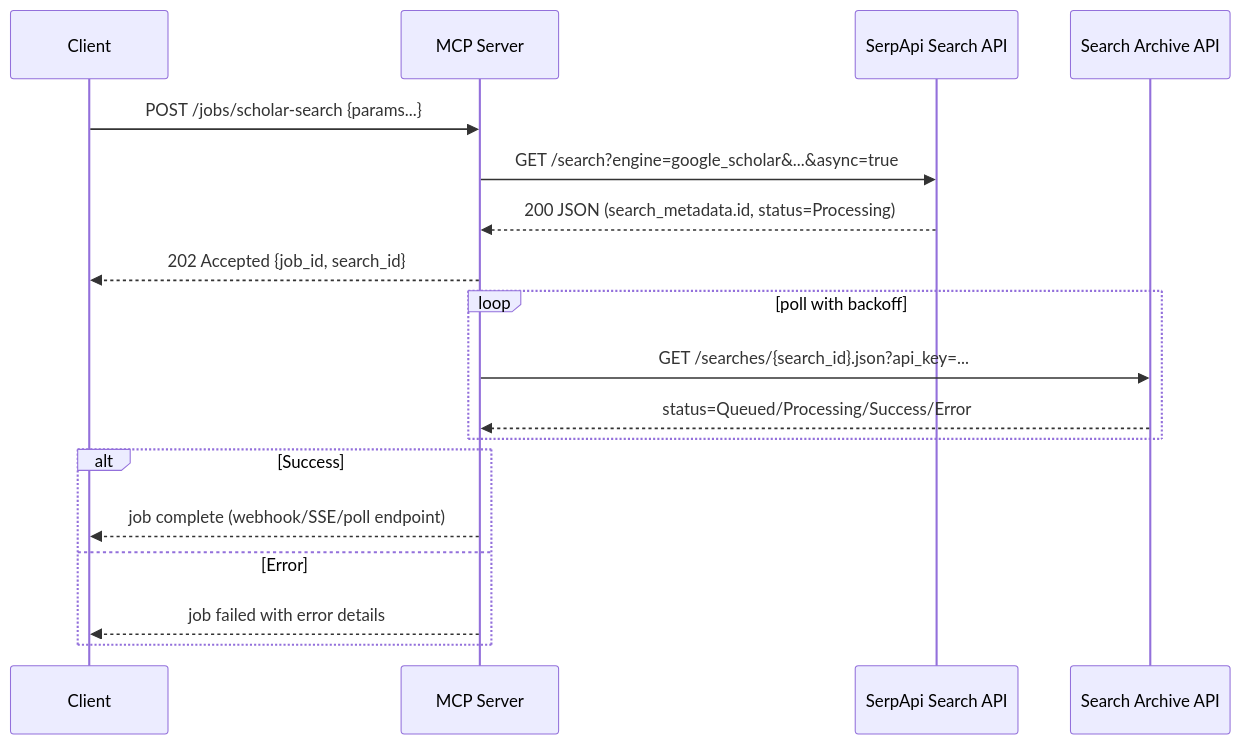
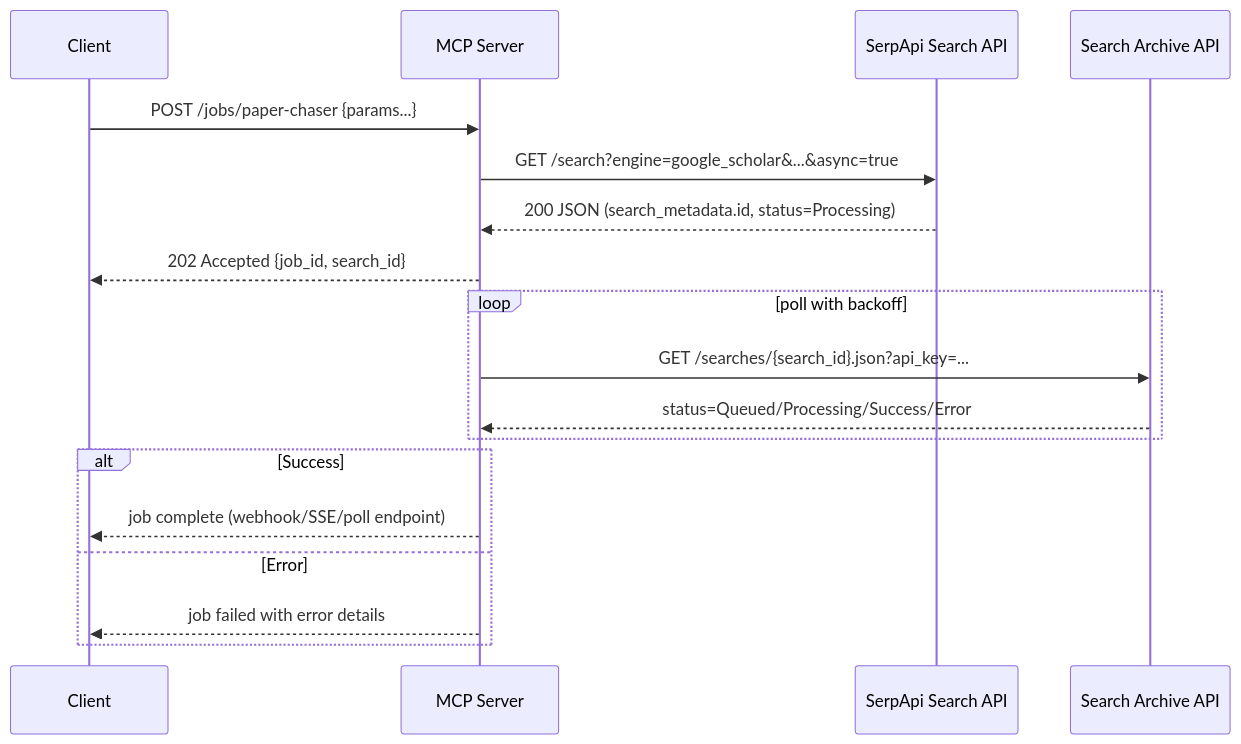
Before and after one commit to joshuasundance-swca/paper-chaser-mcp: the third of 3 diagrams in docs/serpapi-google-scholar-api-guide.md, drawn with Mermaid. The commit also changed 166 other files, not shown here.

Commit message:
Rebrand package to Paper Chaser

````diff
--- a/docs/serpapi-google-scholar-api-guide.md
+++ b/docs/serpapi-google-scholar-api-guide.md
@@ -517,21 +517,21 @@
 ```mermaid
 sequenceDiagram
   participant C as Client
   participant M as MCP Server
   participant S as SerpApi Search API
   participant A as Search Archive API
 
-  C->>M: POST /jobs/scholar-search {params...}
+  C->>M: POST /jobs/paper-chaser {params...}
   M->>S: GET /search?engine=google_scholar&...&async=true
   S-->>M: 200 JSON (search_metadata.id, status=Processing)
   M-->>C: 202 Accepted {job_id, search_id}
   loop poll with backoff
     M->>A: GET /searches/{search_id}.json?api_key=...
     A-->>M: status=Queued/Processing/Success/Error
   end
   alt Success
     M-->>C: job complete (webhook/SSE/poll endpoint)
   else Error
     M-->>C: job failed with error details
   end
 ```
````
